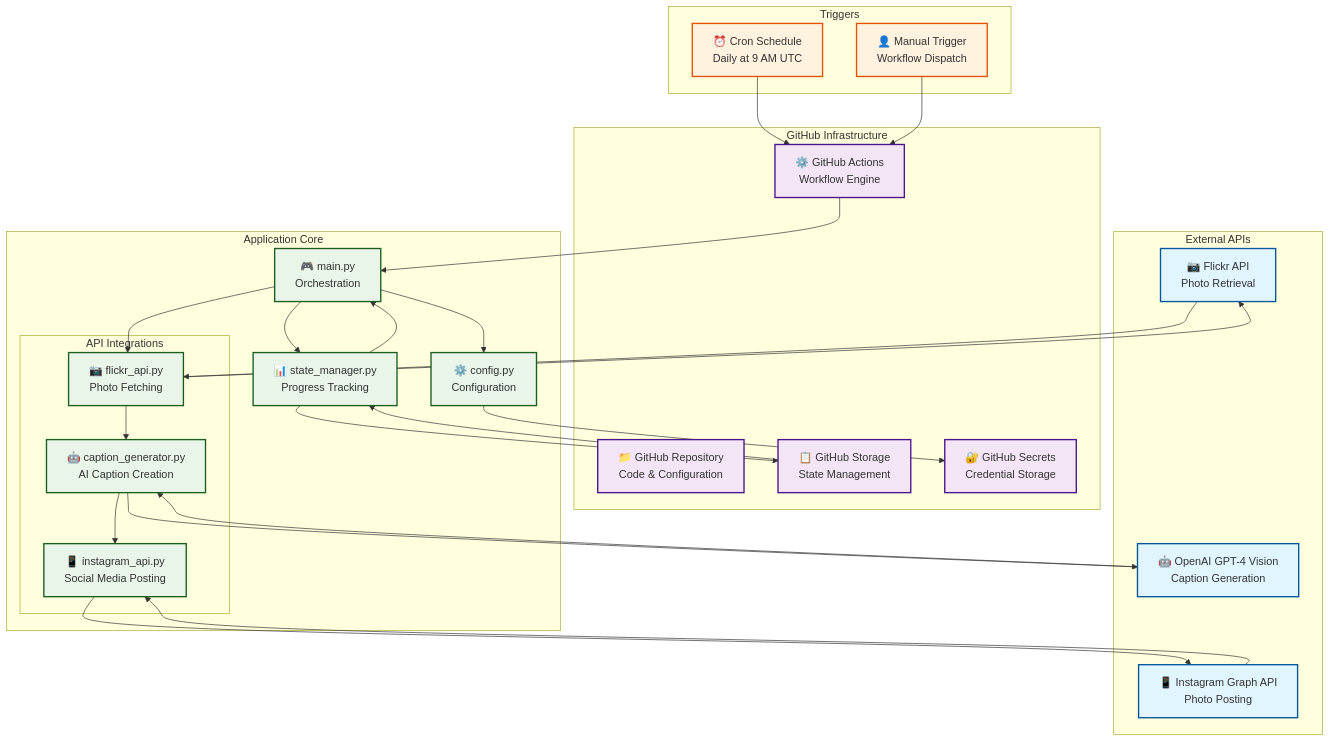
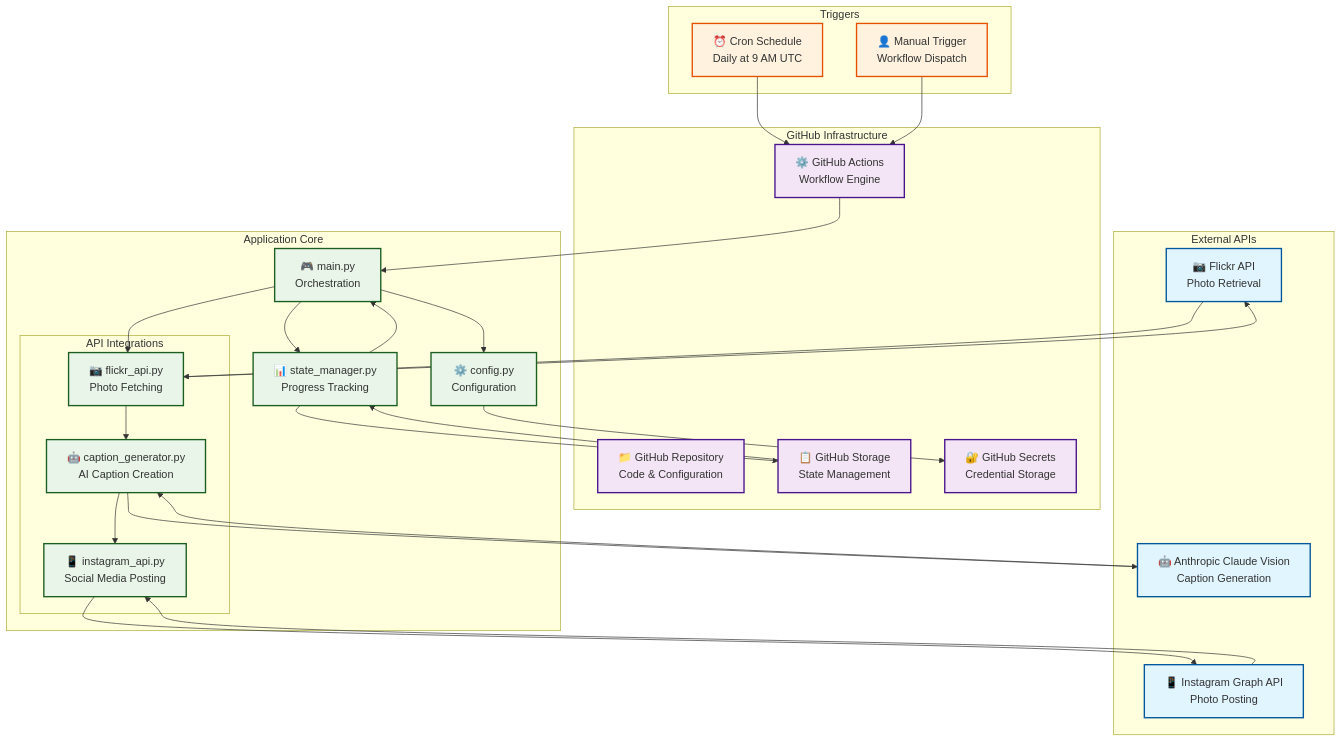
The third of 6 diagrams in README.md (webmemo-code/flickr-to-instagram-automation), drawn with Mermaid before and after one commit. The commit also changed other lines of this file and 11 other files, not shown here.

Commit message:
enhance: migrate from OpenAI GPT-4 to Anthropic Sonnet for caption generation and update related configurations

````diff
--- a/README.md
+++ b/README.md
@@ -240,70 +240,70 @@
 ```mermaid
 graph TB
     %% External Services
     subgraph "External APIs"
         FA[📷 Flickr API<br/>Photo Retrieval]
         IA[📱 Instagram Graph API<br/>Photo Posting]
-        OA[🤖 OpenAI GPT-4 Vision<br/>Caption Generation]
+        OA[🤖 Anthropic Claude Vision<br/>Caption Generation]
     end
     
     %% GitHub Infrastructure
     subgraph "GitHub Infrastructure"
         GR[📁 GitHub Repository<br/>Code & Configuration]
         GA[⚙️ GitHub Actions<br/>Workflow Engine]
         GI[📋 GitHub Storage<br/>State Management]
         GS[🔐 GitHub Secrets<br/>Credential Storage]
     end
     %% Core Application
     subgraph "Application Core"
         MC[🎮 main.py<br/>Orchestration]
         CF[⚙️ config.py<br/>Configuration]
         
         subgraph "API Integrations"
             FL[📷 flickr_api.py<br/>Photo Fetching]
             CG[🤖 caption_generator.py<br/>AI Caption Creation]
             IG[📱 instagram_api.py<br/>Social Media Posting]
         end
         
         SM[📊 state_manager.py<br/>Progress Tracking]
     end
     %% Triggers
     subgraph "Triggers"
         CR[⏰ Cron Schedule<br/>Daily at 9 AM UTC]
         MN[👤 Manual Trigger<br/>Workflow Dispatch]
     end
     %% Data Flow
     CR --> GA
     MN --> GA
     GA --> MC
     
     MC --> CF
     CF --> GS
     
     MC --> FL
     FL --> FA
     FA --> FL
     
     FL --> CG
     CG --> OA
     OA --> CG
     
     CG --> IG
     IG --> IA
     IA --> IG
     
     MC --> SM
     SM --> GI
     GI --> SM
     
     SM --> MC
     %% Styling
     classDef external fill:#e1f5fe,stroke:#01579b,stroke-width:2px
     classDef github fill:#f3e5f5,stroke:#4a148c,stroke-width:2px
     classDef core fill:#e8f5e8,stroke:#1b5e20,stroke-width:2px
     classDef trigger fill:#fff3e0,stroke:#e65100,stroke-width:2px
     
     class FA,IA,OA external
     class GR,GA,GI,GS github
     class MC,CF,FL,CG,IG,SM core
     class CR,MN trigger
 ```
````
